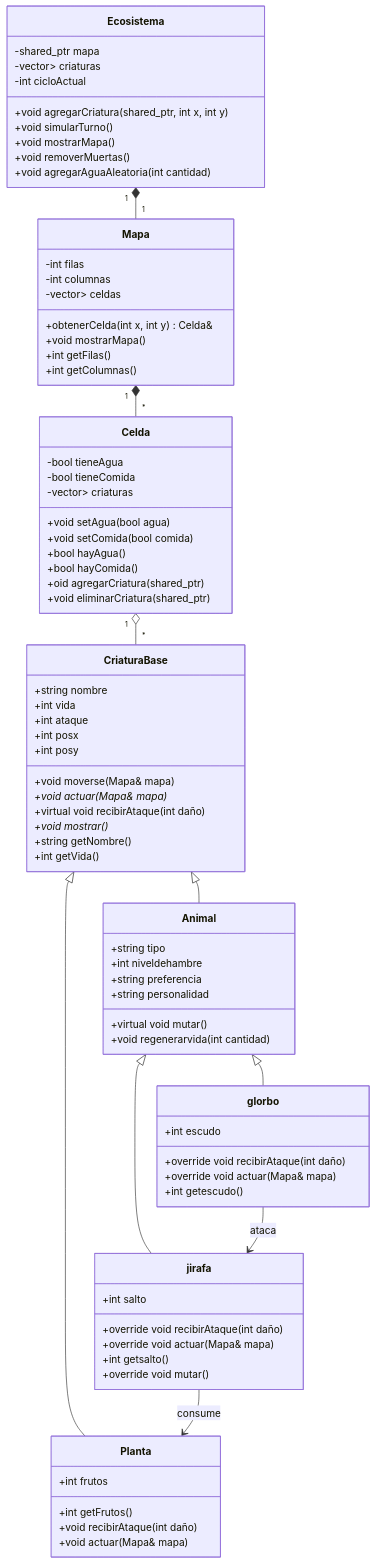
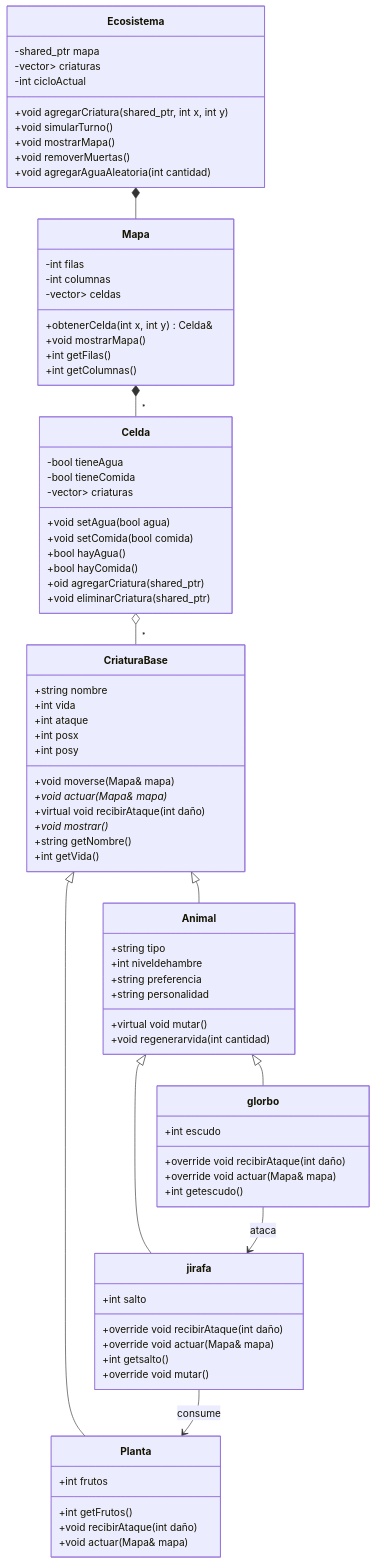
The diagram in README.md (JuanEspinosa-design/proyectopoo), drawn with Mermaid before and after one commit.

```diff
--- a/README.md
+++ b/README.md
@@ -130,9 +130,9 @@
     Animal <|-- glorbo
     Animal <|-- jirafa
     
-    Ecosistema "1" *-- "1" Mapa
-    Mapa "1" *-- "*" Celda
-    Celda "1" o-- "*" CriaturaBase
+    Ecosistema  *--  Mapa
+    Mapa  *-- "*" Celda
+    Celda  o-- "*" CriaturaBase
     
     glorbo --> jirafa : ataca
     jirafa --> Planta : consume
```
